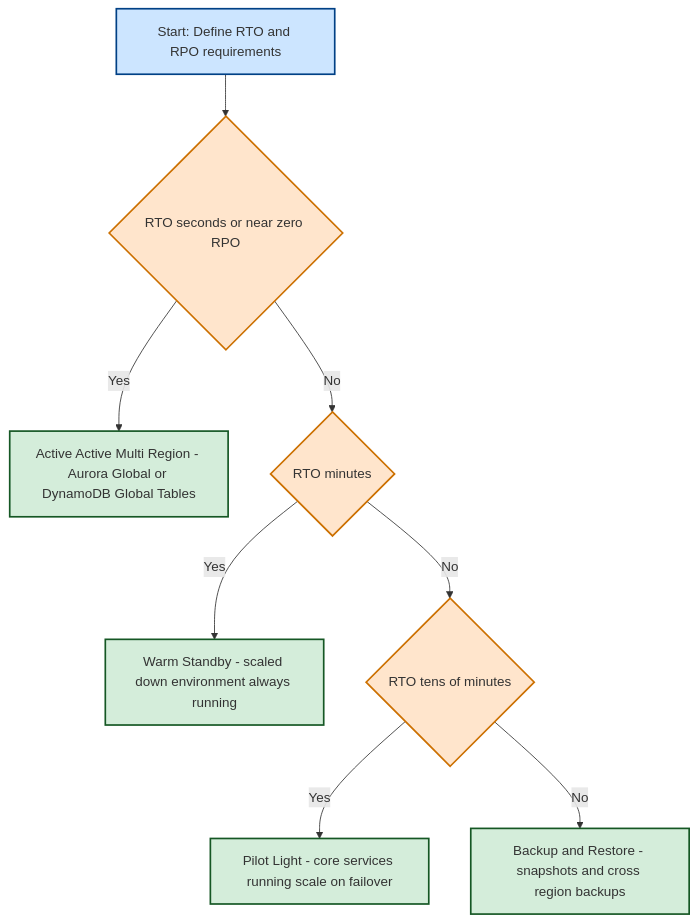
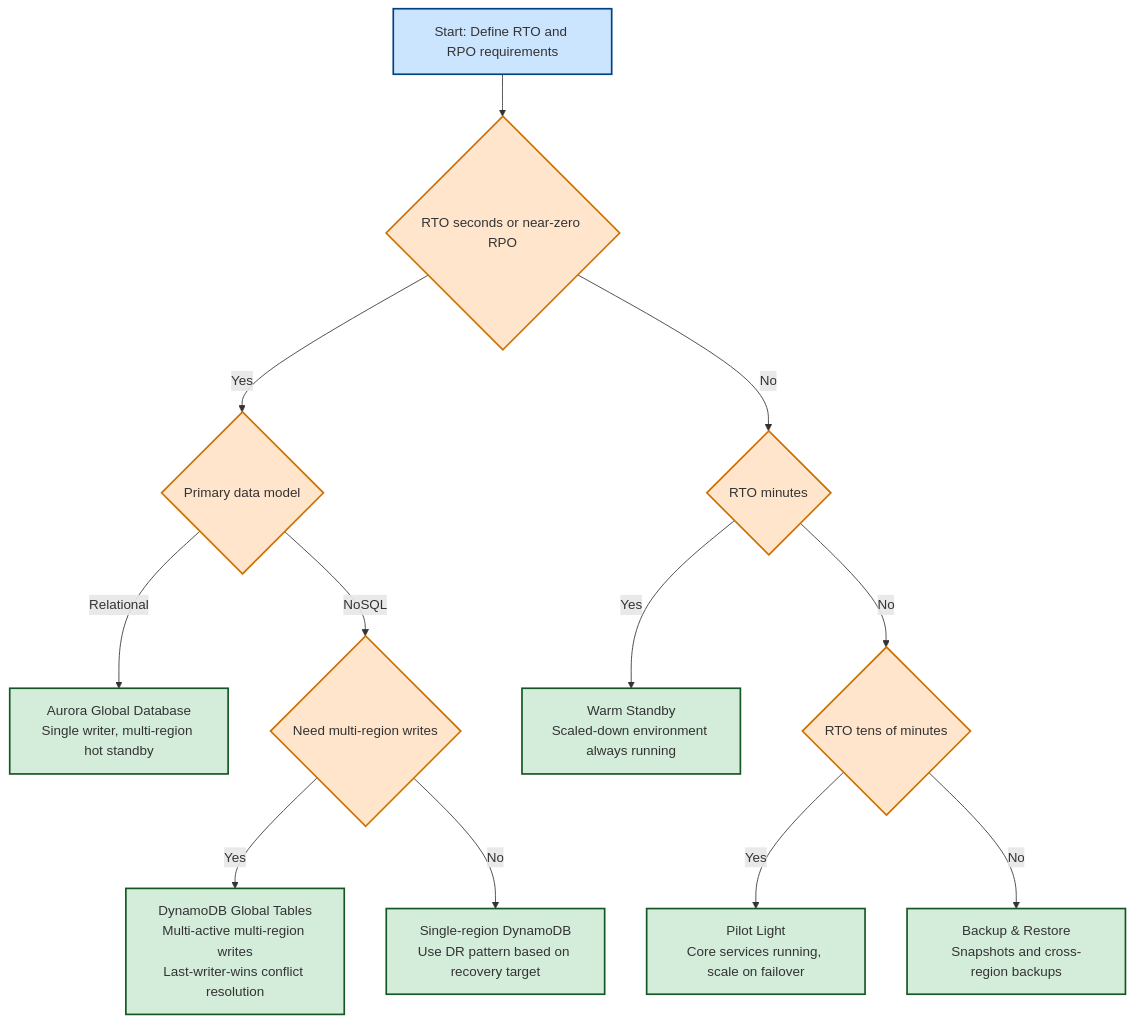
The third of 6 diagrams in notes/16-decision-trees.md (sukdebc/aws-sa-pro-notes), drawn with Mermaid before and after one commit. The commit also changed other lines of this file, not shown here.

Commit message:
Correction

````diff
--- a/notes/16-decision-trees.md
+++ b/notes/16-decision-trees.md
@@ -137,23 +137,34 @@
 ```mermaid
 flowchart TD
 
-  A[Start: Define RTO and RPO requirements] --> B{RTO seconds or near zero RPO}
-  B -->|Yes| C[Active Active Multi Region - Aurora Global or DynamoDB Global Tables]
+  A[Start: Define RTO and RPO requirements] --> B{RTO seconds or near-zero RPO}
 
-  B -->|No| D{RTO minutes}
-  D -->|Yes| E[Warm Standby - scaled down environment always running]
+  B -->|Yes| C{Primary data model}
 
-  D -->|No| F{RTO tens of minutes}
-  F -->|Yes| G[Pilot Light - core services running scale on failover]
+  C -->|Relational| D[Aurora Global Database<br/>Single writer, multi-region hot standby]
 
-  F -->|No| H[Backup and Restore - snapshots and cross region backups]
+  C -->|NoSQL| E{Need multi-region writes}
+
+  E -->|Yes| F[DynamoDB Global Tables<br/>Multi-active multi-region writes<br/>Last-writer-wins conflict resolution]
+
+  E -->|No| G[Single-region DynamoDB<br/>Use DR pattern based on recovery target]
+
+  B -->|No| H{RTO minutes}
+
+  H -->|Yes| I[Warm Standby<br/>Scaled-down environment always running]
+
+  H -->|No| J{RTO tens of minutes}
+
+  J -->|Yes| K[Pilot Light<br/>Core services running, scale on failover]
+
+  J -->|No| L[Backup & Restore<br/>Snapshots and cross-region backups]
 
   %% Styles
   style A fill:#cce5ff,stroke:#004085,stroke-width:2px
   classDef decision fill:#ffe5cc,stroke:#cc7000,stroke-width:2px
   classDef service fill:#d4edda,stroke:#155724,stroke-width:2px
 
-  class B,D,F decision
-  class C,E,G,H service
+  class B,C,E,H,J decision
+  class D,F,G,I,K,L service
 
 ```
````
